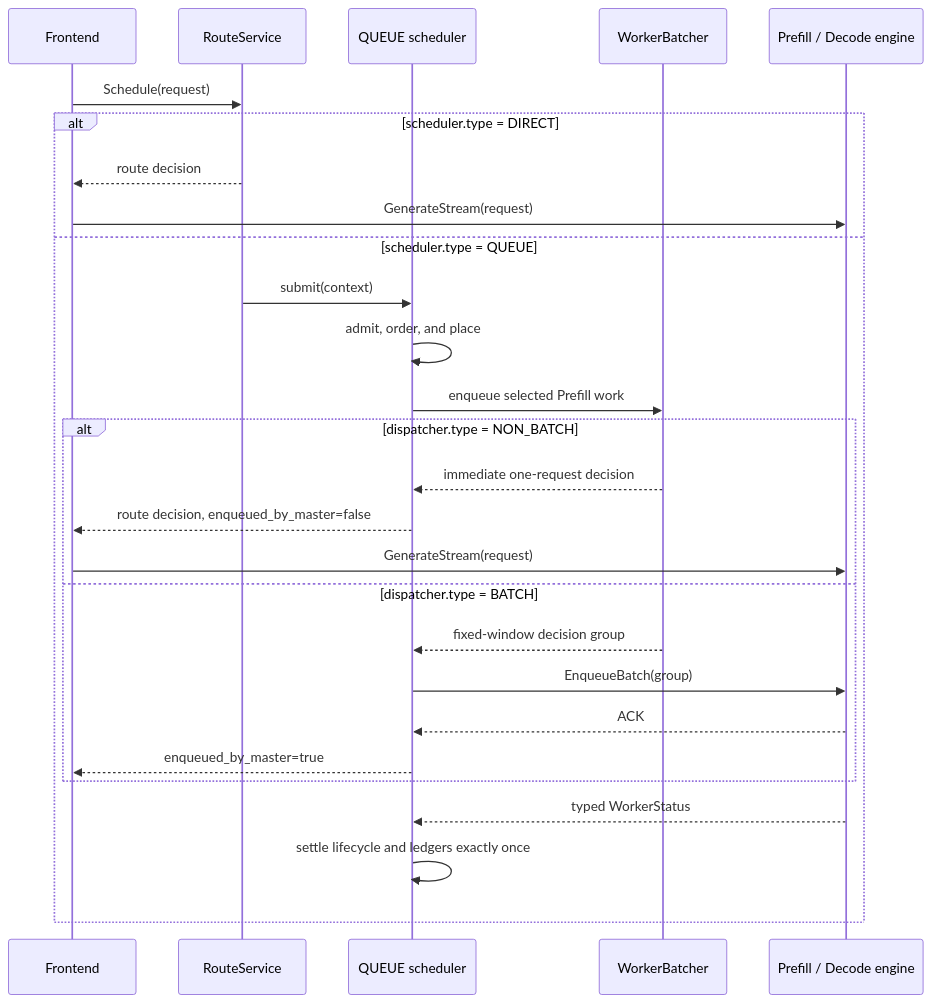
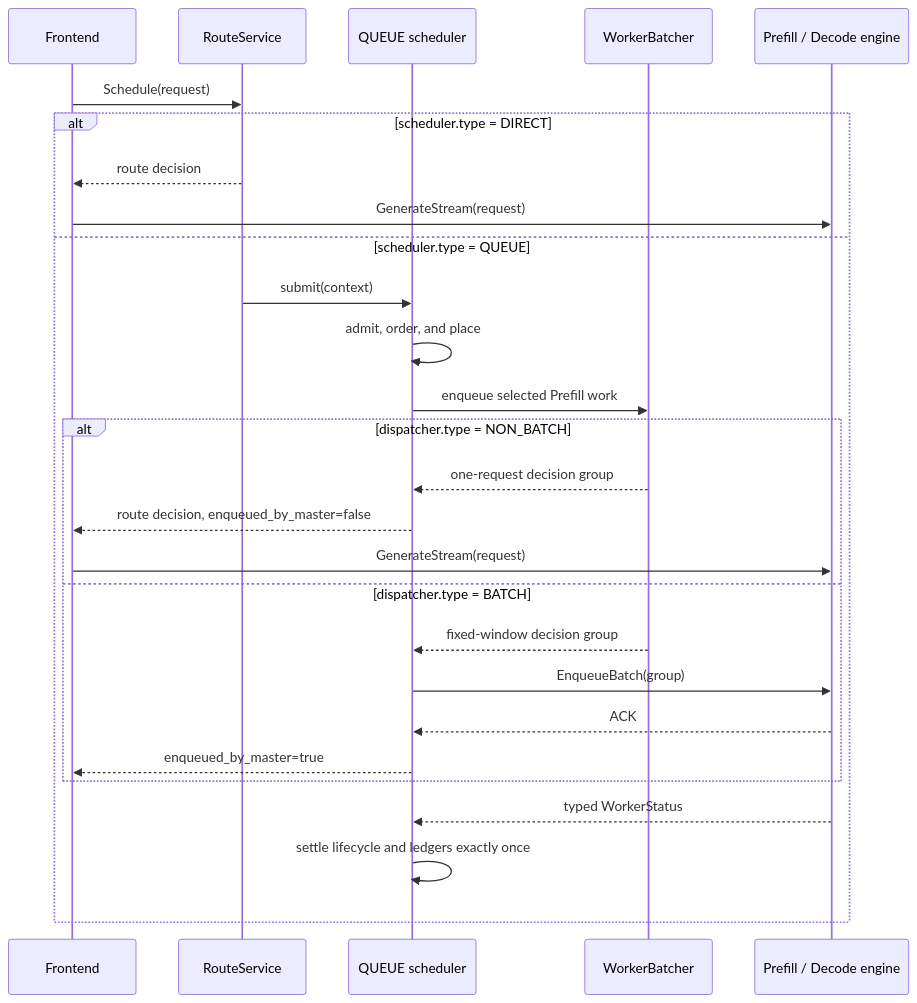
One commit to alibaba/rtp-llm changed the second of 2 diagrams in rtp_llm/flexlb/docs/priority-scheduler-delivery-modes.md. Above: the diagram before and after it, drawn with Mermaid. The commit also changed other lines of this file and 36 other files, not shown here.

````diff
--- a/rtp_llm/flexlb/docs/priority-scheduler-delivery-modes.md
+++ b/rtp_llm/flexlb/docs/priority-scheduler-delivery-modes.md
@@ -64,30 +62,30 @@
 ```mermaid
 sequenceDiagram
     participant F as Frontend
     participant R as RouteService
     participant S as QUEUE scheduler
     participant W as WorkerBatcher
     participant E as Prefill / Decode engine
 
     F->>R: Schedule(request)
     alt scheduler.type = DIRECT
         R-->>F: route decision
         F->>E: GenerateStream(request)
     else scheduler.type = QUEUE
         R->>S: submit(context)
         S->>S: admit, order, and place
         S->>W: enqueue selected Prefill work
         alt dispatcher.type = NON_BATCH
-            W-->>S: immediate one-request decision
+            W-->>S: one-request decision group
             S-->>F: route decision, enqueued_by_master=false
             F->>E: GenerateStream(request)
         else dispatcher.type = BATCH
             W-->>S: fixed-window decision group
             S->>E: EnqueueBatch(group)
             E-->>S: ACK
             S-->>F: enqueued_by_master=true
         end
         E-->>S: typed WorkerStatus
         S->>S: settle lifecycle and ledgers exactly once
     end
 ```
````
